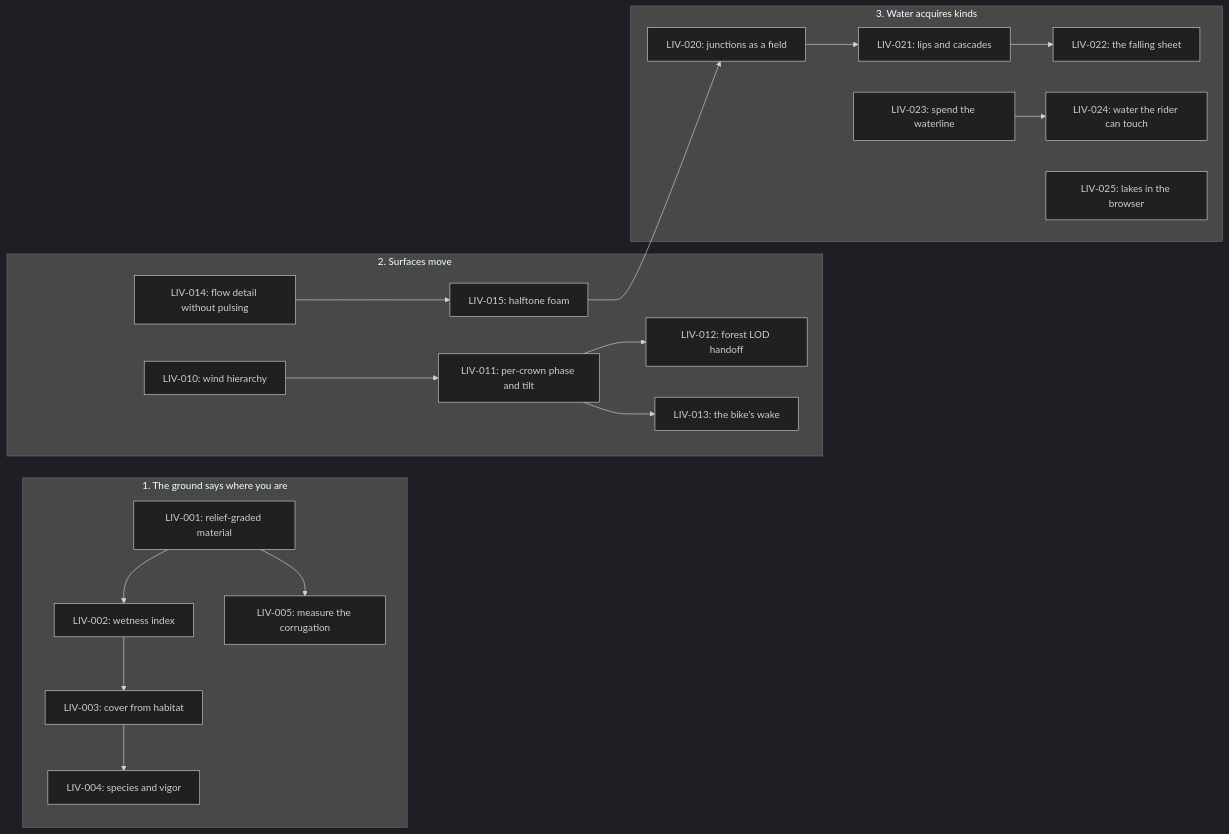
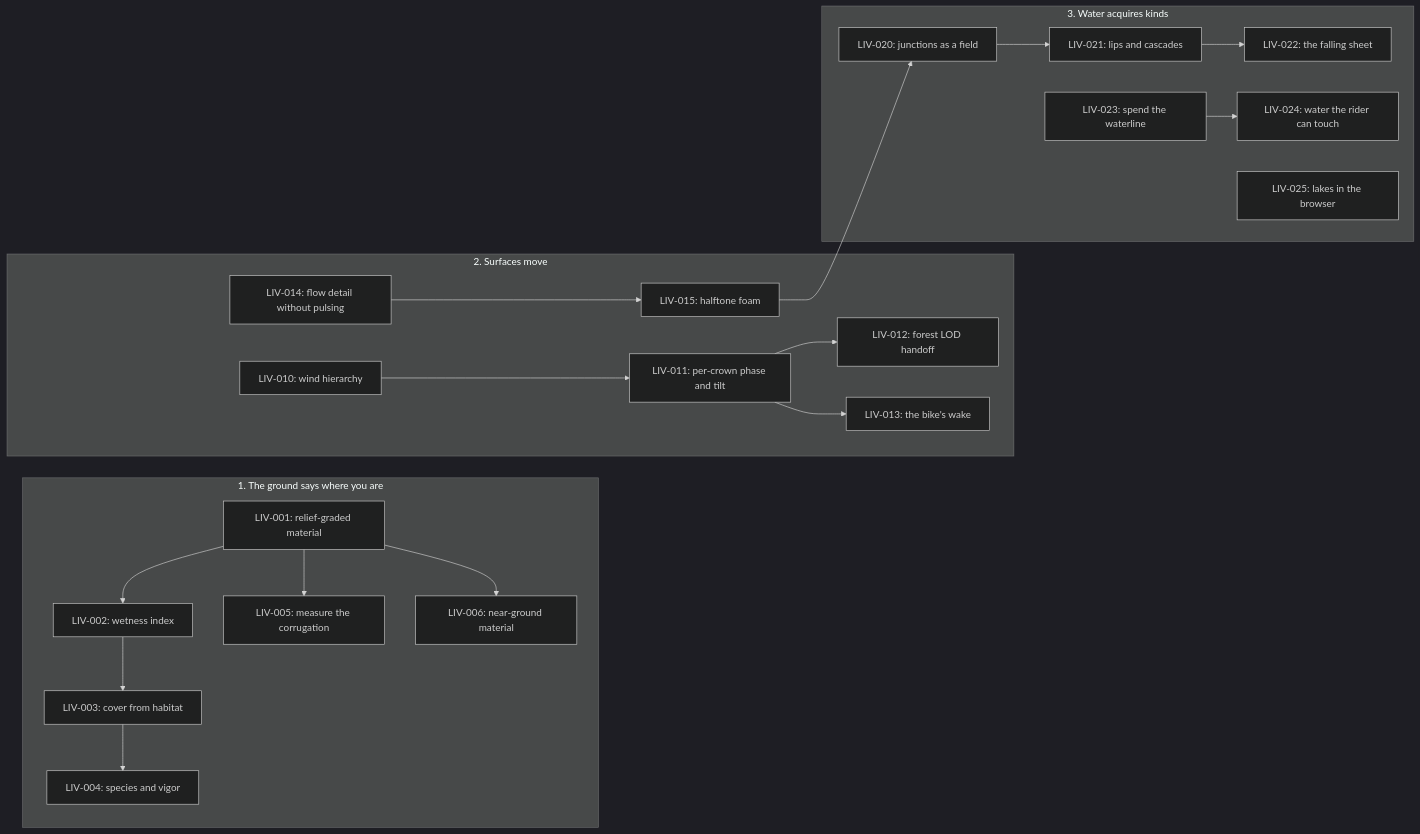
One commit to mbrock/moppe changed the diagram in planning/tracks/living-world/README.md. Above: the diagram before and after it, drawn with Mermaid (dark theme). The commit also changed other lines of this file and 2 other files, not shown here.

First line of the commit message:
Record the ground the material fix uncovered

````diff
--- a/planning/tracks/living-world/README.md
+++ b/planning/tracks/living-world/README.md
@@ -8,32 +8,34 @@
 ```mermaid
 flowchart LR
   subgraph ground["1. The ground says where you are"]
     LIV001["LIV-001: relief-graded material"]
     LIV002["LIV-002: wetness index"]
     LIV003["LIV-003: cover from habitat"]
     LIV004["LIV-004: species and vigor"]
     LIV005["LIV-005: measure the corrugation"]
+    LIV006["LIV-006: near-ground material"]
   end
   subgraph motion["2. Surfaces move"]
     LIV010["LIV-010: wind hierarchy"]
     LIV011["LIV-011: per-crown phase and tilt"]
     LIV012["LIV-012: forest LOD handoff"]
     LIV013["LIV-013: the bike's wake"]
     LIV014["LIV-014: flow detail without pulsing"]
     LIV015["LIV-015: halftone foam"]
   end
   subgraph kinds["3. Water acquires kinds"]
     LIV020["LIV-020: junctions as a field"]
     LIV021["LIV-021: lips and cascades"]
     LIV022["LIV-022: the falling sheet"]
     LIV023["LIV-023: spend the waterline"]
     LIV024["LIV-024: water the rider can touch"]
     LIV025["LIV-025: lakes in the browser"]
   end
   LIV001 --> LIV002 --> LIV003 --> LIV004
   LIV001 --> LIV005
+  LIV001 --> LIV006
   LIV010 --> LIV011 --> LIV012
   LIV011 --> LIV013
   LIV014 --> LIV015 --> LIV020 --> LIV021 --> LIV022
   LIV023 --> LIV024
 ```
````
